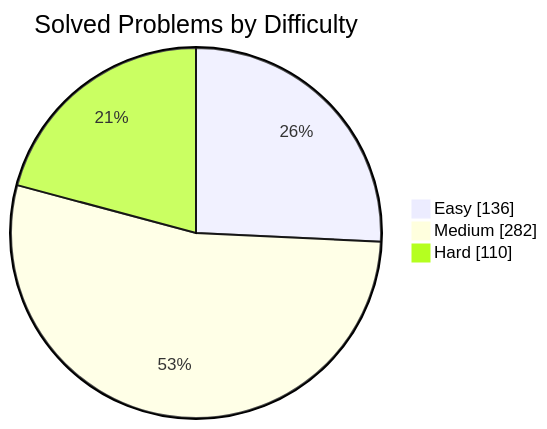
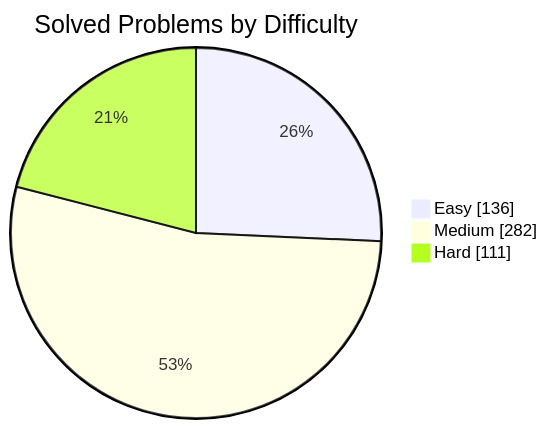
One commit to manikantbindass/DSA-Preparation-FAANG changed the first of 2 diagrams in README.md. Above: the diagram before and after it, drawn with Mermaid. The commit also changed other lines of this file and 1 other file, not shown here.

````diff
--- a/README.md
+++ b/README.md
@@ -79,7 +79,7 @@
 ```mermaid
 pie showData
     title Solved Problems by Difficulty
     "Easy" : 136
     "Medium" : 282
-    "Hard" : 110
+    "Hard" : 111
 ```
````
